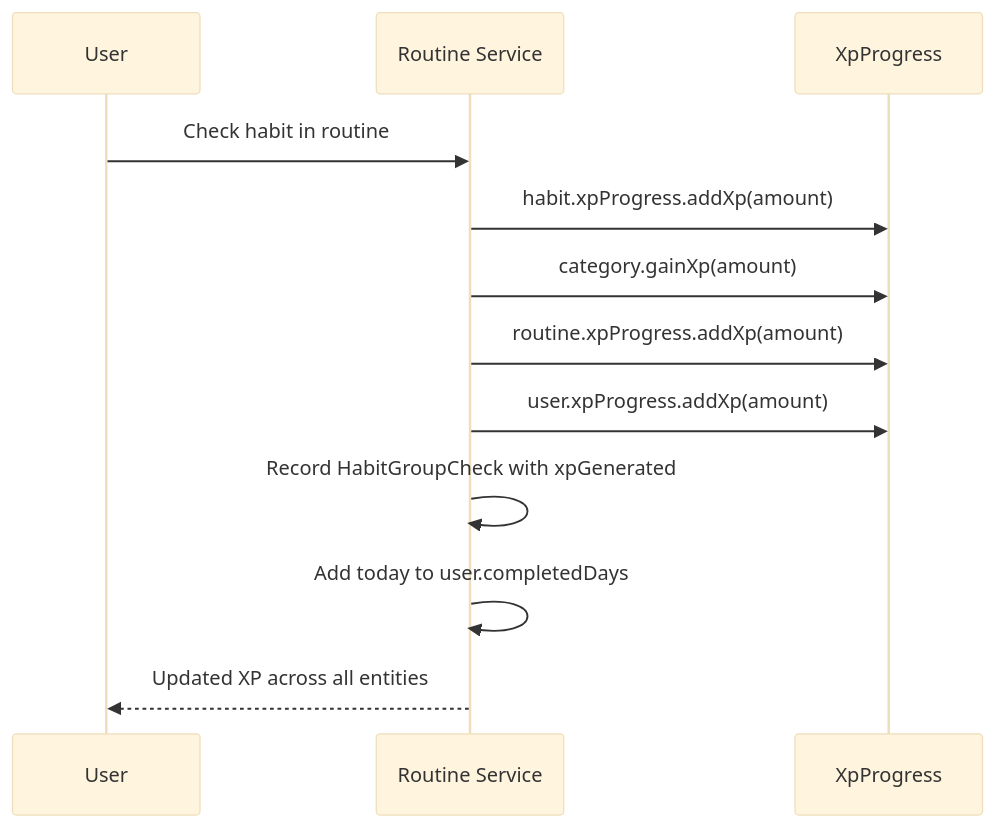
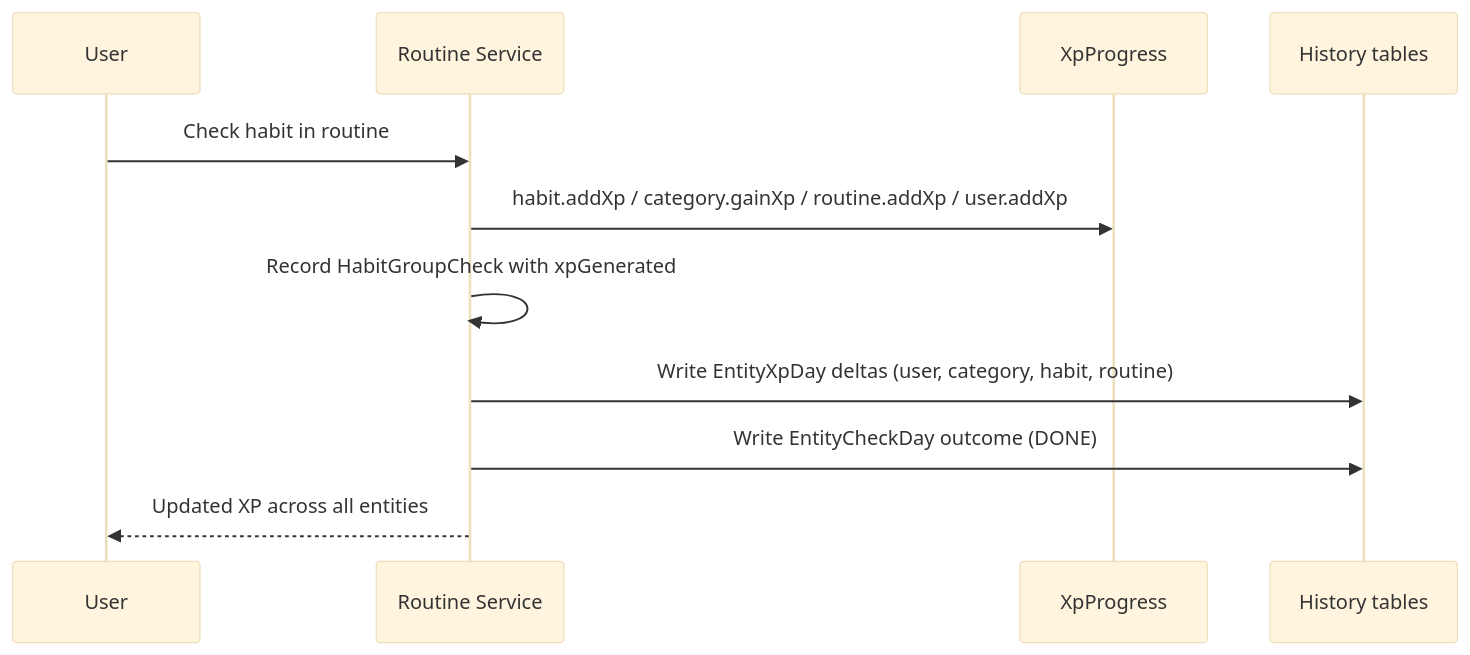
The fourth of 5 diagrams in architecture/domain-model/en.md (AndDev741/Beyou-arch-design), drawn with Mermaid (base theme) before and after one commit. The commit also changed other lines of this file and 3 other files, not shown here.

First line of the commit message:
docs(architecture): bring the domain model up to the real entity set

````diff
--- a/architecture/domain-model/en.md
+++ b/architecture/domain-model/en.md
@@ -330,15 +326,14 @@
 ```mermaid
 sequenceDiagram
   participant U as User
   participant R as Routine Service
   participant X as XpProgress
+  participant H as History tables
 
   U->>R: Check habit in routine
-  R->>X: habit.xpProgress.addXp(amount)
-  R->>X: category.gainXp(amount)
-  R->>X: routine.xpProgress.addXp(amount)
-  R->>X: user.xpProgress.addXp(amount)
+  R->>X: habit.addXp / category.gainXp / routine.addXp / user.addXp
   R->>R: Record HabitGroupCheck with xpGenerated
-  R->>R: Add today to user.completedDays
+  R->>H: Write EntityXpDay deltas (user, category, habit, routine)
+  R->>H: Write EntityCheckDay outcome (DONE)
   R-->>U: Updated XP across all entities
 ```
````
